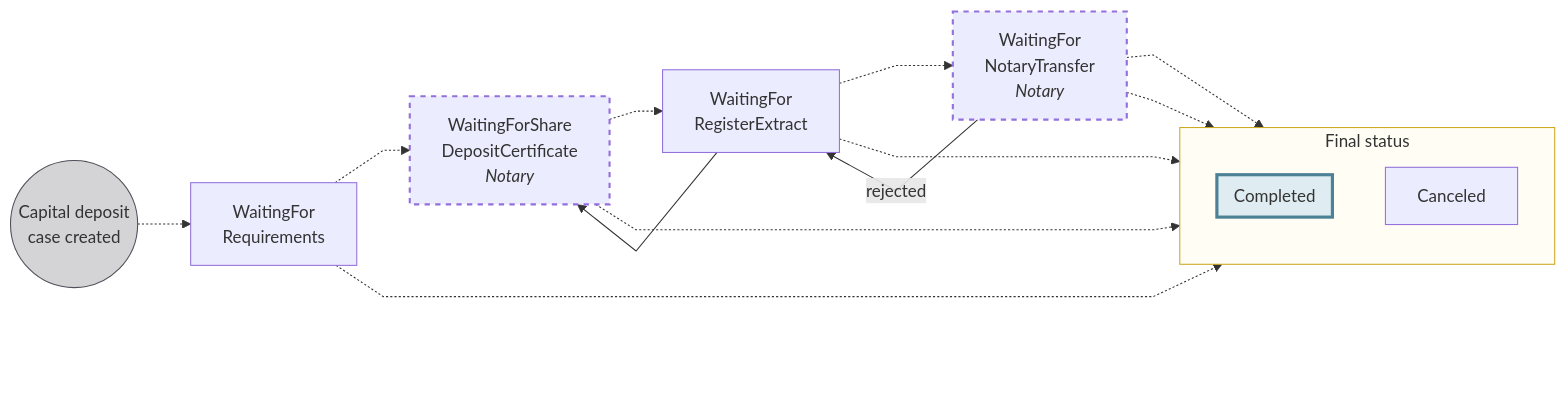
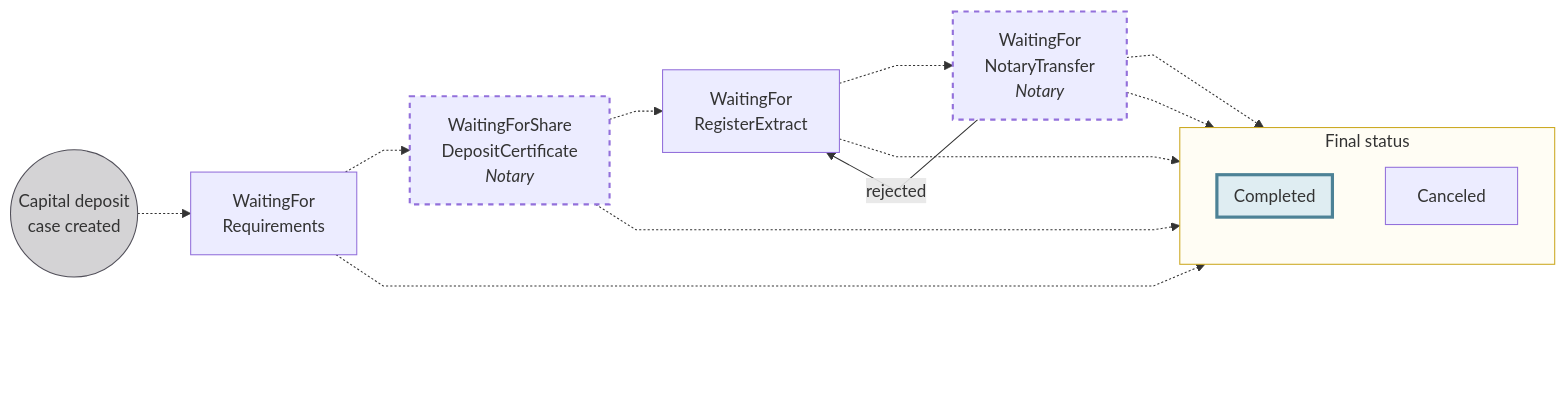
Before and after one commit to swan-io/docs: the first of 4 diagrams in docs/topics/capital-deposits/index.mdx, drawn with Mermaid.

Commit message:
Removed WRE - WS backward transition

````diff
--- a/docs/topics/capital-deposits/index.mdx
+++ b/docs/topics/capital-deposits/index.mdx
@@ -38,33 +38,32 @@
 ```mermaid
 %%{ init: { 'flowchart': { 'curve': 'linear' } } }%%
 flowchart LR
     DC((Capital deposit<br/>case created)) -.-> WR[WaitingFor<br/>Requirements]
     WR -.-> WS[WaitingForShare<br/>DepositCertificate<br/><em>Notary</em>]
     WS -.-> WRE[WaitingFor<br/>RegisterExtract]
     WRE -.-> WNT[WaitingFor<br/>NotaryTransfer<br/><em>Notary</em>]
     WNT -.-> CA[Canceled]
     WRE -.-> CA
     WS -.-> CA
     WR -.-> CA
     WNT -.-> CO[Completed]
 
     %% Backward transitions
     WNT -->|rejected| WRE
-    WRE --> WS
 
     subgraph F[Final status]
         direction TB
         CA
         style V fill:#fff,stroke:#fff,stroke-width:0px,color:#fff
         CO
     end
 
     subgraph CO[Completed]
     end
     
     style DC fill:#D4D3D5,stroke:#514F59
     style F fill:#fffdf4,stroke:#cca922
     style WS stroke-width:2px, stroke-dasharray: 5 5
     style WNT stroke-width:2px, stroke-dasharray: 5 5
     style CO fill:#dfedf2,stroke:#4d8296,stroke-width:3px
 ```
````
